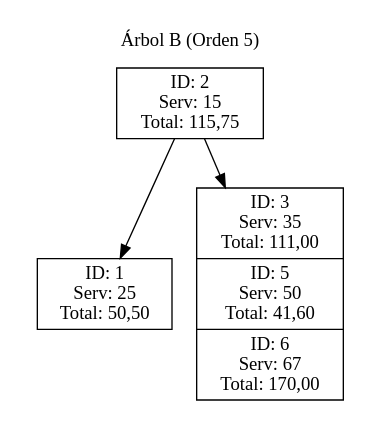
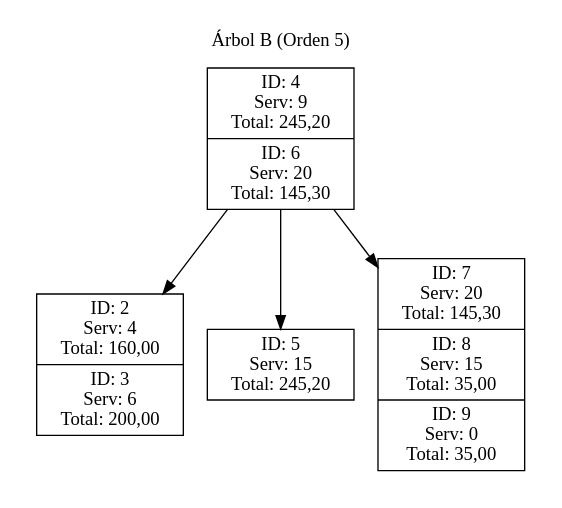
The diagram in Proyecto-Fase 2/Reportes/B.dot (Rodrigo-1504/-EDD-1S2025_202202854), drawn with Graphviz before and after one commit. The commit also changed 79 other files, not shown here.

```diff
--- a/Proyecto-Fase 2/Reportes/B.dot
+++ b/Proyecto-Fase 2/Reportes/B.dot
@@ -1,12 +1,14 @@
 digraph BTree {
 	node[shape=record];
 	graph[pencolor=transparent];
 	subgraph cluster_0{
 		label = "Árbol B (Orden 5)";
-	"node0" [label = "{ID: 2\nServ: 15\nTotal: 115,75}"];
-	"node1" [label = "{ID: 1\nServ: 25\nTotal: 50,50}"];
+	"node0" [label = "{ID: 4\nServ: 9\nTotal: 245,20|ID: 6\nServ: 20\nTotal: 145,30}"];
+	"node1" [label = "{ID: 2\nServ: 4\nTotal: 160,00|ID: 3\nServ: 6\nTotal: 200,00}"];
 	"node0" -> "node1";
-	"node2" [label = "{ID: 3\nServ: 35\nTotal: 111,00|ID: 5\nServ: 50\nTotal: 41,60|ID: 6\nServ: 67\nTotal: 170,00}"];
+	"node2" [label = "{ID: 5\nServ: 15\nTotal: 245,20}"];
 	"node0" -> "node2";
+	"node3" [label = "{ID: 7\nServ: 20\nTotal: 145,30|ID: 8\nServ: 15\nTotal: 35,00|ID: 9\nServ: 0\nTotal: 35,00}"];
+	"node0" -> "node3";
 	}
 }
```
